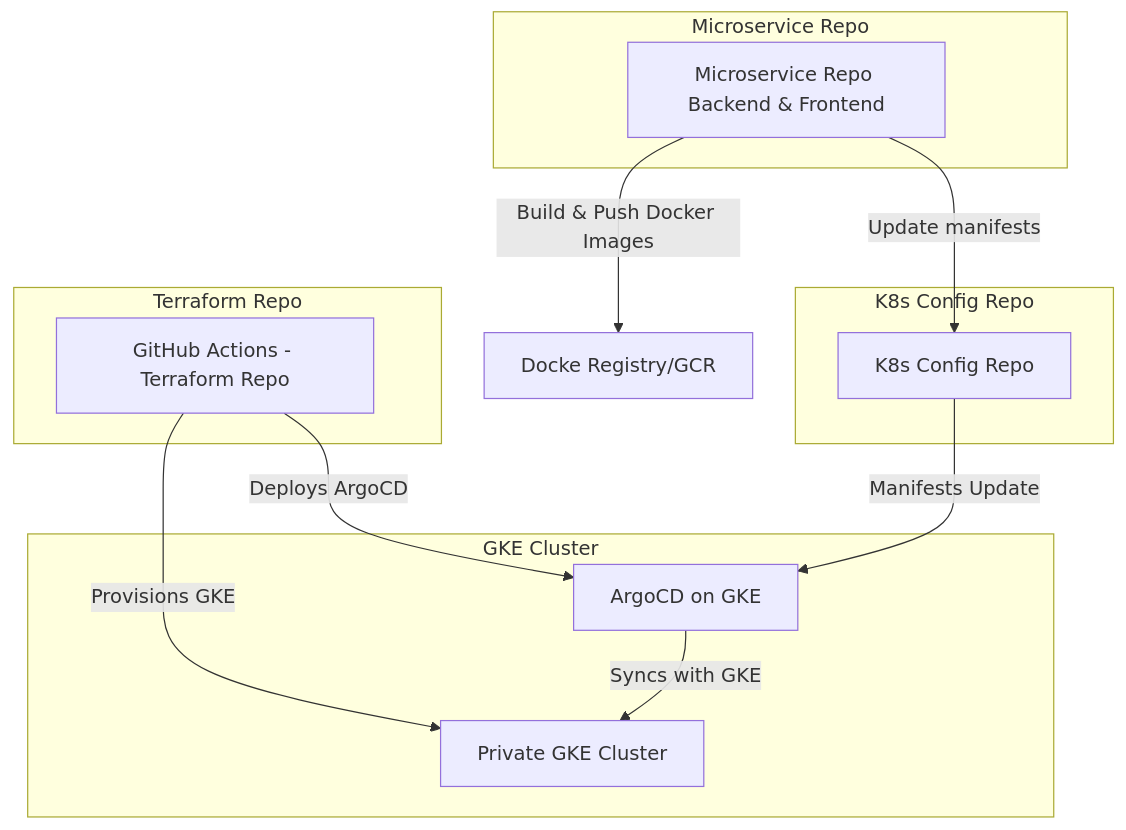
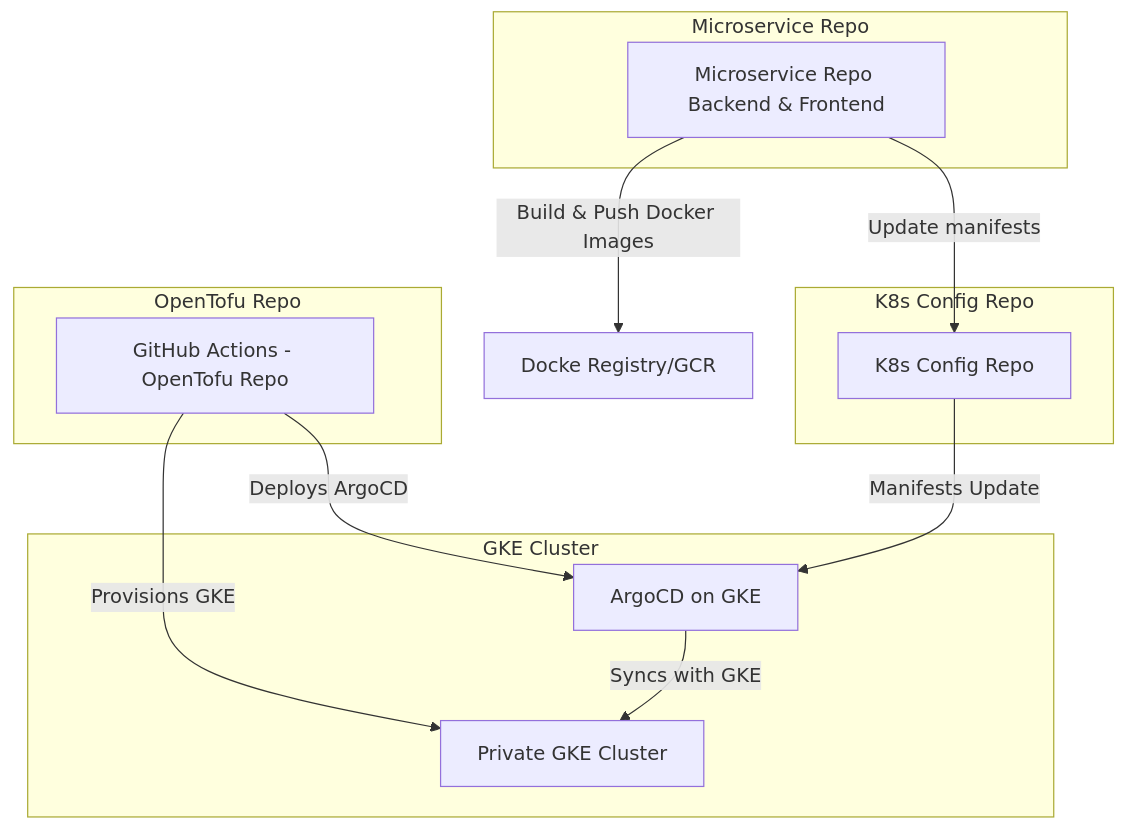
The diagram in README.md (dimpu47/tf-gke-demo), drawn with Mermaid before and after one commit. The commit also changed other lines of this file, not shown here.

````diff
--- a/README.md
+++ b/README.md
@@ -80,27 +104,27 @@
 ```mermaid
 graph TD;
-    A[GitHub Actions - Terraform Repo] -->|Provisions GKE| B[Private GKE Cluster];
+    A[GitHub Actions - OpenTofu Repo] -->|Provisions GKE| B[Private GKE Cluster];
     A -->|Deploys ArgoCD| C[ArgoCD on GKE];
     D[Microservice Repo Backend & Frontend] -->|Build & Push Docker Images| E[Docke Registry/GCR];
     D -->|Update manifests| F[K8s Config Repo];
     F -->|Manifests Update| C;
     C -->|Syncs with GKE| B;
     
-    subgraph Terraform Repo
+    subgraph OpenTofu Repo
         A
     end
     
     subgraph GKE Cluster
         B
         C
     end
     
     subgraph Microservice Repo
         D
     end
     
     subgraph K8s Config Repo
         F
     end
 
 ```
````
